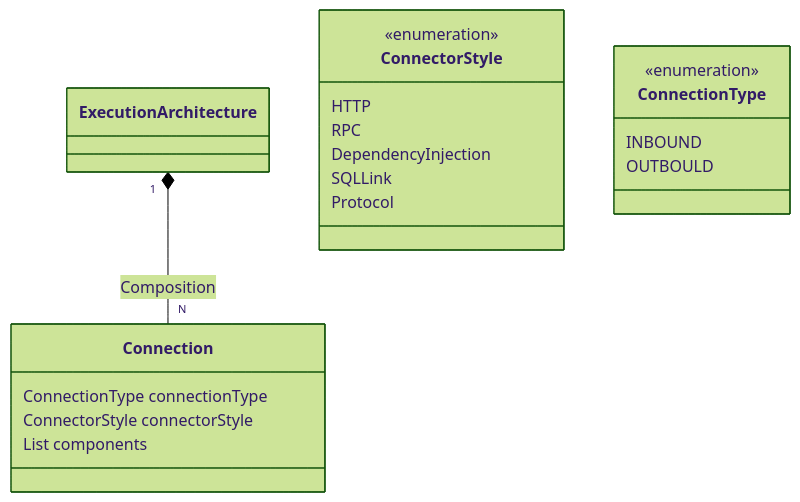
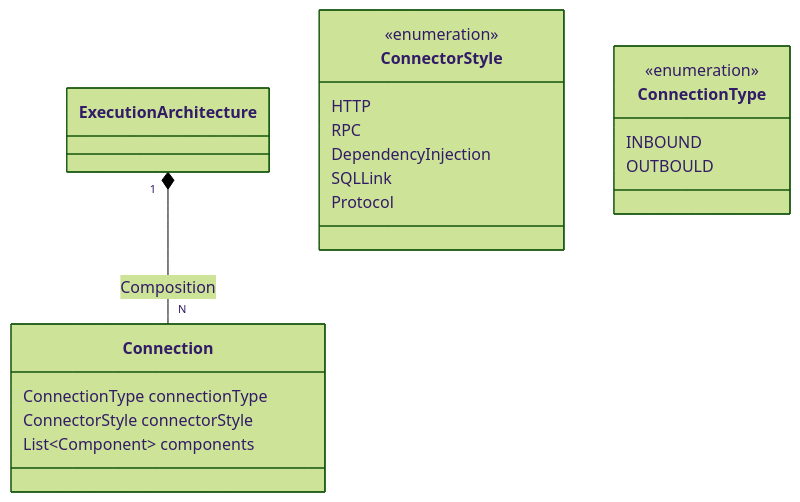
One commit to archguard/archguard-wiki changed the third of 4 diagrams in architecture/ArchitectureView.md. Above: the diagram before and after it, drawn with Mermaid (forest theme). The commit also changed other lines of this file and 1 other file, not shown here.

Commit message:
fix mermaid issue

````diff
--- a/architecture/ArchitectureView.md
+++ b/architecture/ArchitectureView.md
@@ -152,31 +152,31 @@
 ```mermaid
 classDiagram
 
 class ExecutionArchitecture {
  
 }
 
 class Connection {
 	ConnectionType connectionType
 	ConnectorStyle connectorStyle
-	List<Component> components
+	List~Component~ components
 }
 
 class ConnectorStyle {
 	<<enumeration>>
 	HTTP
 	RPC
 	DependencyInjection
 	SQLLink
 	Protocol
 }
 
 class ConnectionType {
 	 <<enumeration>>
 	 INBOUND
 	 OUTBOULD
 }
 
 ExecutionArchitecture "1" *-- "N" Connection : Composition
 
 ```
````
